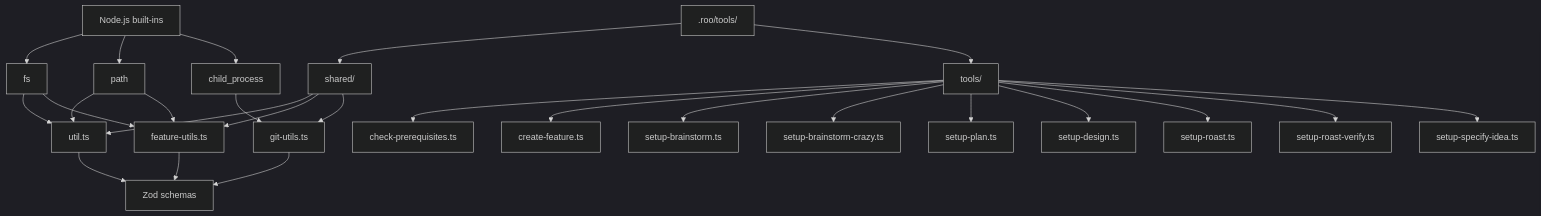
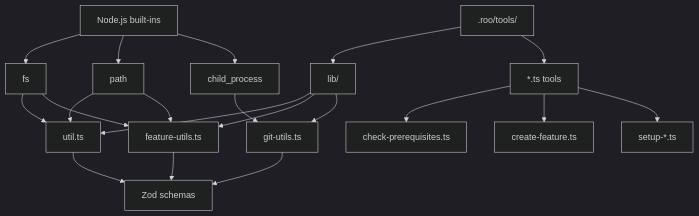
The diagram in plans/python-to-roo-tools-migration.md (maemreyo/glean-roo-spec), drawn with Mermaid (dark theme) before and after one commit. The commit also changed other lines of this file and 6 other files, not shown here.

````diff
--- a/plans/python-to-roo-tools-migration.md
+++ b/plans/python-to-roo-tools-migration.md
@@ -471,33 +148,27 @@
 ```mermaid
 graph TD
-    A[.roo/tools/] --> B[shared/]
-    A --> C[tools/]
+    A[.roo/tools/] --> B[lib/]
+    A --> C[*.ts tools]
     
     B --> D[util.ts]
     B --> E[feature-utils.ts]
     B --> F[git-utils.ts]
     
     C --> G[check-prerequisites.ts]
     C --> H[create-feature.ts]
-    C --> I[setup-brainstorm.ts]
-    C --> J[setup-brainstorm-crazy.ts]
-    C --> K[setup-plan.ts]
-    C --> L[setup-design.ts]
-    C --> M[setup-roast.ts]
-    C --> N[setup-roast-verify.ts]
-    C --> O[setup-specify-idea.ts]
+    C --> I[setup-*.ts]
     
-    D --> P[Zod schemas]
-    E --> P
-    F --> P
+    D --> J[Zod schemas]
+    E --> J
+    F --> J
     
-    Q[Node.js built-ins] --> R[fs]
-    Q --> S[path]
-    Q --> T[child_process]
+    K[Node.js built-ins] --> L[fs]
+    K --> M[path]
+    K --> N[child_process]
     
-    R --> D
-    R --> E
-    S --> D
-    S --> E
-    T --> F
+    L --> D
+    L --> E
+    M --> D
+    M --> E
+    N --> F
 ```
````
